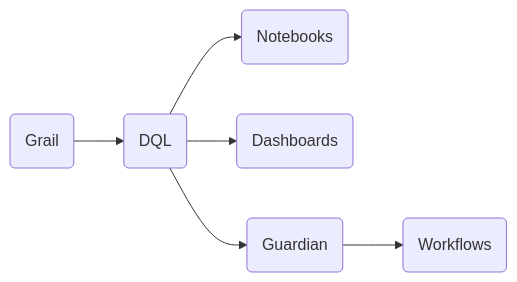
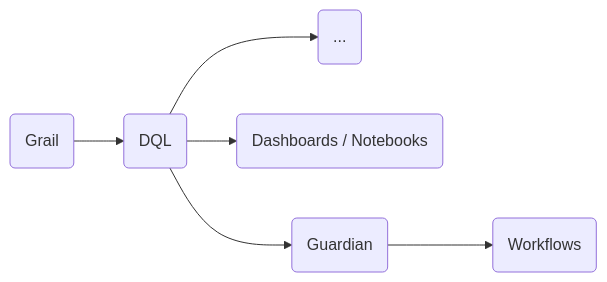
The diagram in 1 Associate/5. Data Visualisation.md (a-lalin/dynatrace-certificates), drawn with Mermaid before and after one commit. The commit also changed other lines of this file and 3 other files, not shown here.

````diff
--- a/1 Associate/5. Data Visualisation.md
+++ b/1 Associate/5. Data Visualisation.md
@@ -13,8 +12,8 @@
 ```mermaid
 flowchart LR
 	A(Grail) --> B(DQL)
-	B --> C(Notebooks)
-	B --> D(Dashboards)
+	B --> C(...)
+	B --> D(Dashboards / Notebooks)
 	B --> E(Guardian)
 	E --> F(Workflows)
 ```
````
